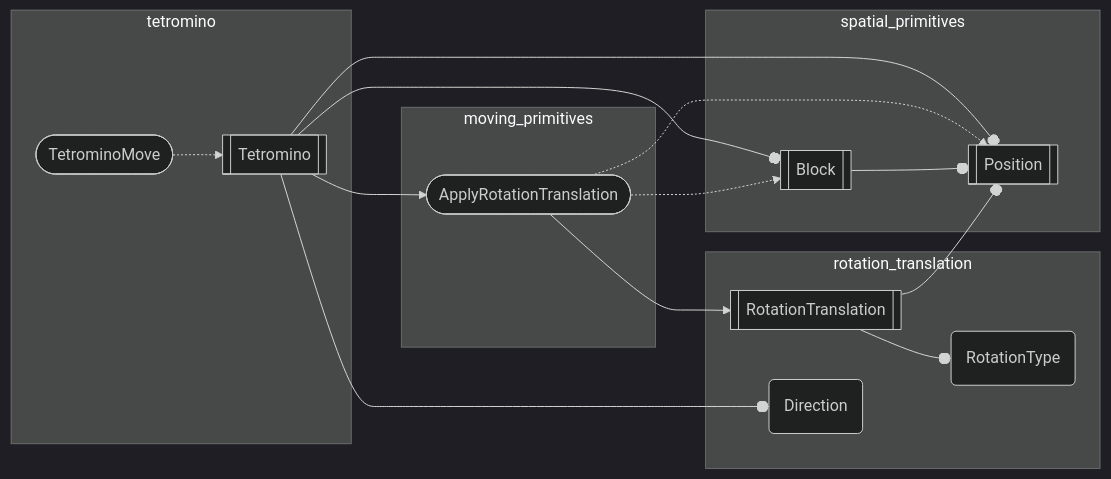
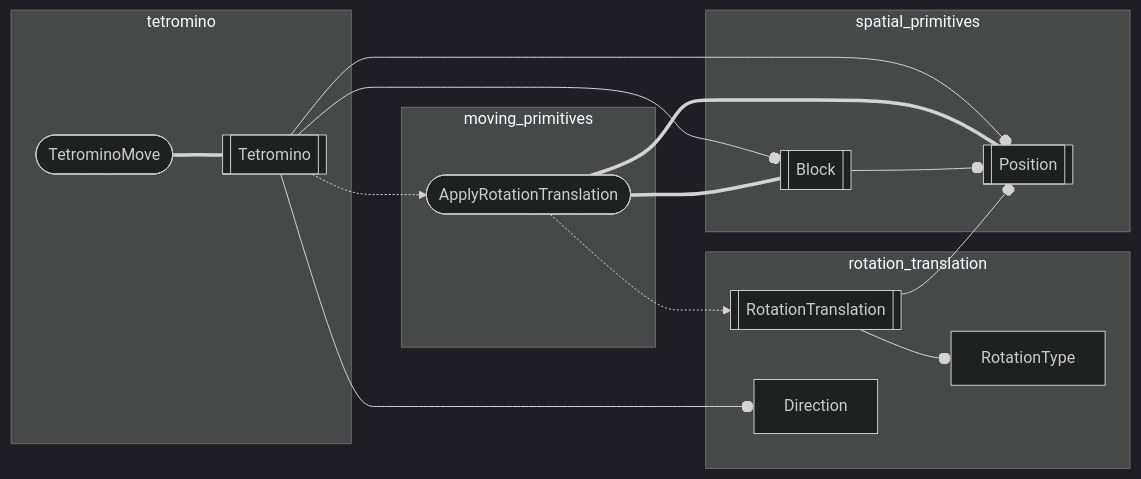
Before and after one commit to inesvar/tetris: the diagram in src/app/player/back_end/flowgraph.md, drawn with Mermaid (dark theme). The commit also changed 2 other files, not shown here.

Commit message:
Update flowgraph

````diff
--- a/src/app/player/back_end/flowgraph.md
+++ b/src/app/player/back_end/flowgraph.md
@@ -3,43 +3,43 @@
 ```mermaid
 graph LR
     %% objects
     Position[[Position]]
     Block[[Block]]
     RotationTranslation[[RotationTranslation]]
-    RotationType(RotationType)
-    Direction(Direction)
+    RotationType[RotationType]
+    Direction[Direction]
     ApplyRotationTranslation([ApplyRotationTranslation])
     Tetromino[[Tetromino]]
     TetrominoMove([TetrominoMove])
 
     %% modules
     spatial_primitives[spatial_primitives]
     rotation_translation[rotation_translation]
     moving_primitives[moving_primitives]
     tetromino[tetromino]
-    
+
     subgraph spatial_primitives
         Block --o Position
     end
 
     subgraph rotation_translation
         RotationTranslation --o RotationType
         Direction
     end
 
     RotationTranslation --o Position
 
     subgraph moving_primitives
         ApplyRotationTranslation
     end
 
-    ApplyRotationTranslation -.-> Position & Block
-    ApplyRotationTranslation --> RotationTranslation
+    ApplyRotationTranslation === Position & Block
+    ApplyRotationTranslation -.-> RotationTranslation
 
     subgraph tetromino
-        TetrominoMove -.-> Tetromino
+        TetrominoMove === Tetromino
     end
 
     Tetromino --o Position & Block & Direction
-    Tetromino --> ApplyRotationTranslation
+    Tetromino -.-> ApplyRotationTranslation
 ```
````
